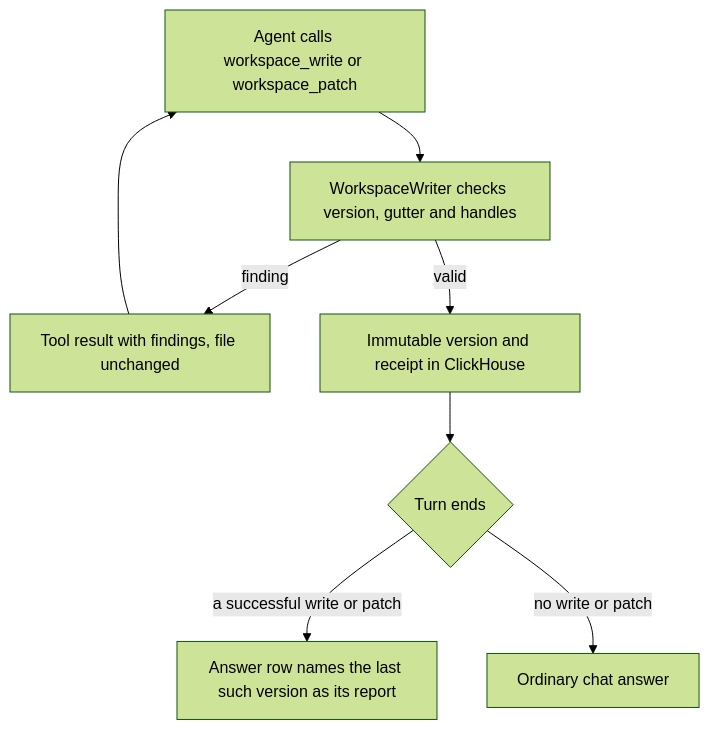
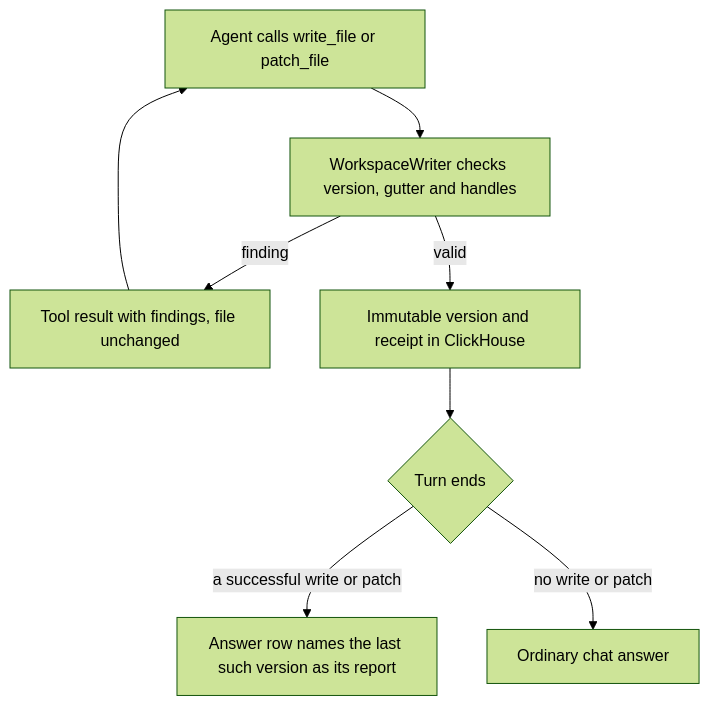
The first of 4 diagrams in docs/architecture/Chat_And_Agents.md (liquidinvestigations/hoover4), drawn with Mermaid (forest theme) before and after one commit. The commit also changed other lines of this file and 55 other files, not shown here.

````diff
--- a/docs/architecture/Chat_And_Agents.md
+++ b/docs/architecture/Chat_And_Agents.md
@@ -172,12 +174,12 @@
 ```mermaid
 flowchart TD
     accTitle: The report of a turn
     accDescr: The agent writes a file through the session writer. A checked version is stored. At the end of the turn the last successful write or patch is the report of the answer.
-    A[Agent calls workspace_write or workspace_patch] --> B[WorkspaceWriter checks version, gutter and handles]
+    A[Agent calls write_file or patch_file] --> B[WorkspaceWriter checks version, gutter and handles]
     B -->|finding| C[Tool result with findings, file unchanged]
     C --> A
     B -->|valid| D[Immutable version and receipt in ClickHouse]
     D --> E{Turn ends}
     E -->|a successful write or patch| F[Answer row names the last such version as its report]
     E -->|no write or patch| G[Ordinary chat answer]
 ```
````
